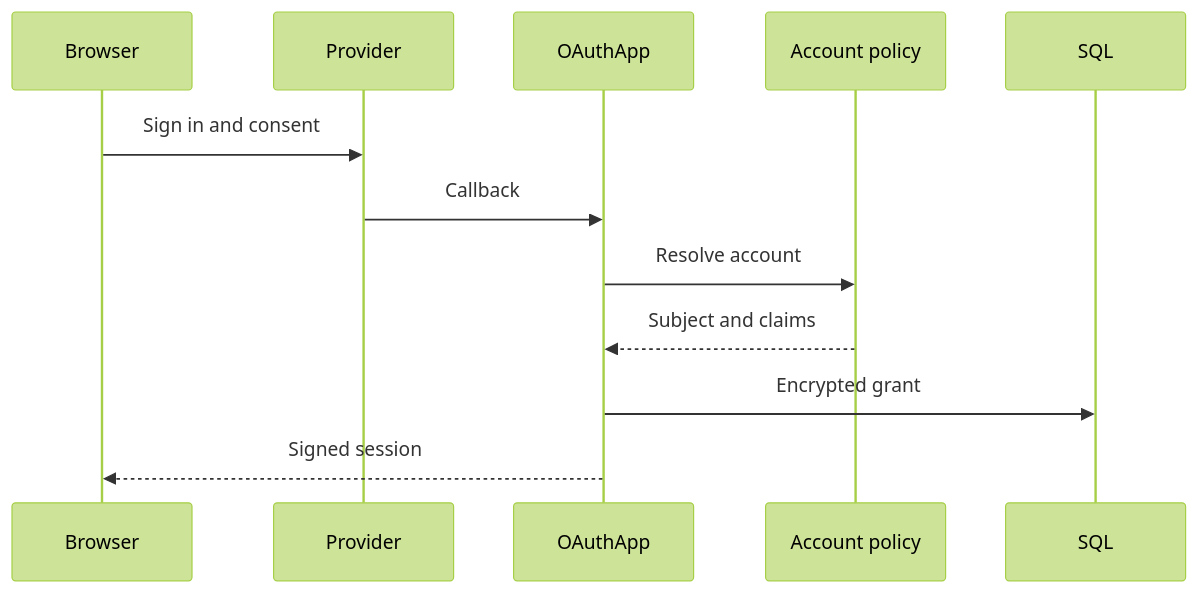
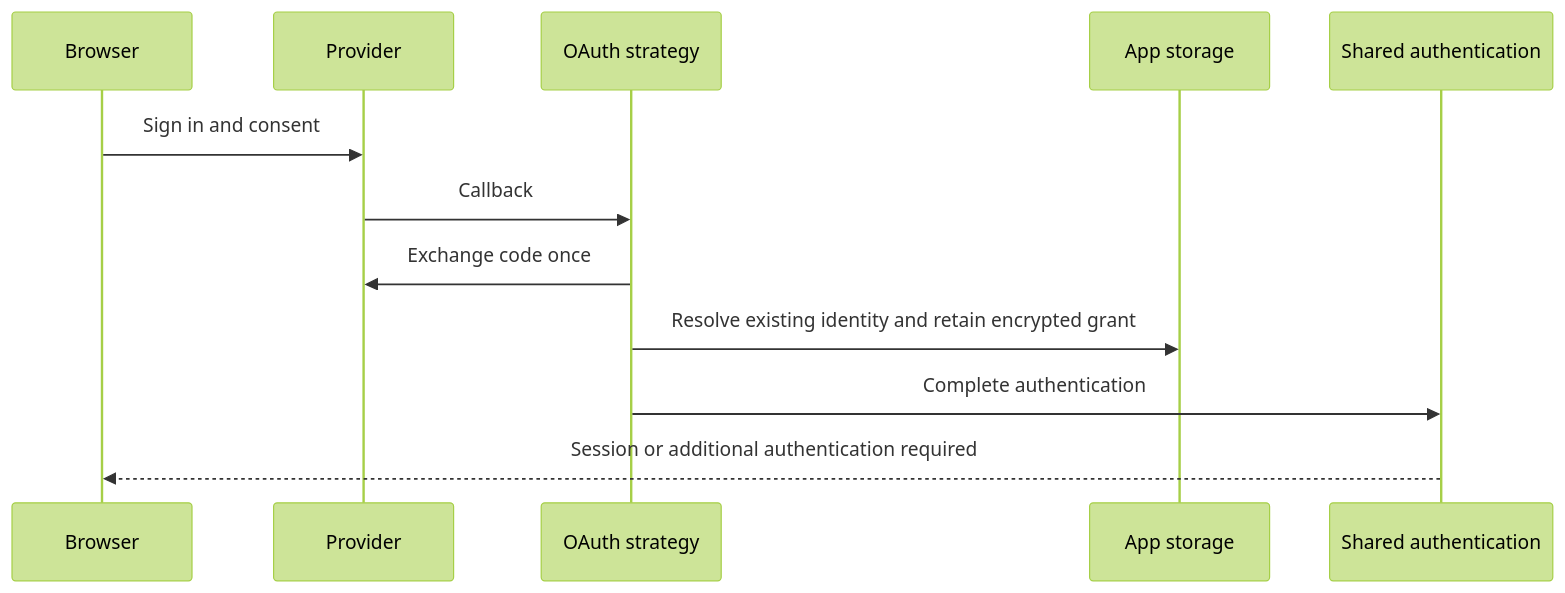
One commit to creatifcoding/auth changed the diagram in docs/src/content/docs/guide/oauth.md. Above: the diagram before and after it, drawn with Mermaid (forest theme). The commit also changed other lines of this file and 62 other files, not shown here.

Commit message:
feat(auth)!: unify retained OAuth access under Auth.make

````diff
--- a/docs/src/content/docs/guide/oauth.md
+++ b/docs/src/content/docs/guide/oauth.md
@@ -21,16 +41,16 @@
 ```mermaid
 sequenceDiagram
-  accTitle: OAuth sign-in
-  accDescr: Provider consent reaches the OAuthApp callback and your account policy. OAuthApp stores an encrypted grant in SQL and returns a signed session to the browser.
+  accTitle: Sign-in with retained API access
+  accDescr: One provider code exchange resolves an existing account, saves an encrypted provider grant, and completes shared authentication.
   participant Browser
   participant Provider
-  participant App as OAuthApp
-  participant Policy as Account policy
-  participant SQL
+  participant OAuth as OAuth strategy
+  participant Storage as App storage
+  participant Auth as Shared authentication
   Browser->>Provider: Sign in and consent
-  Provider->>App: Callback
-  App->>Policy: Resolve account
-  Policy-->>App: Subject and claims
-  App->>SQL: Encrypted grant
-  App-->>Browser: Signed session
+  Provider->>OAuth: Callback
+  OAuth->>Provider: Exchange code once
+  OAuth->>Storage: Resolve existing identity and retain encrypted grant
+  OAuth->>Auth: Complete authentication
+  Auth-->>Browser: Session or additional authentication required
 ```
````
